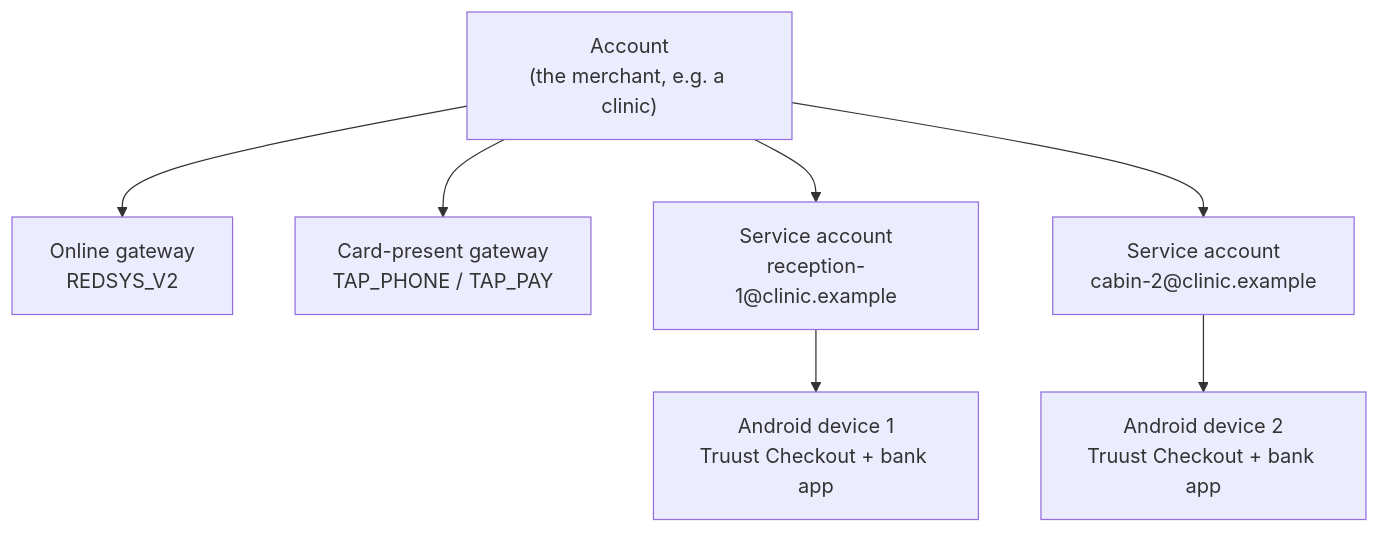
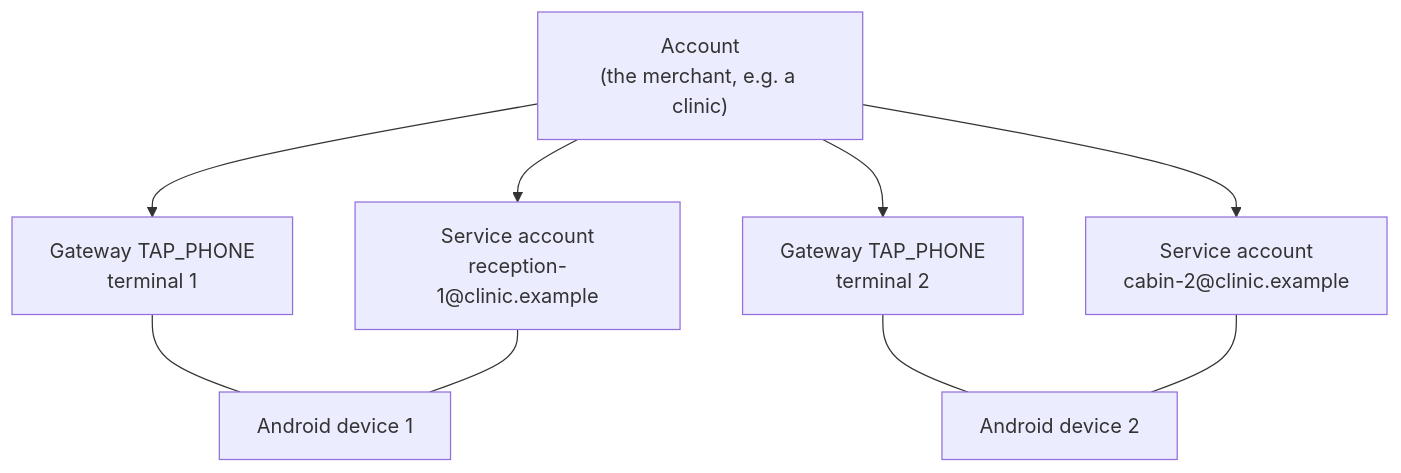
Before and after one commit to truust-io/docs.truust.io: the second of 2 diagrams in guides/card-present-payments.md, drawn with Mermaid. The commit also changed other lines of this file, not shown here.

Commit message:
Pagos presenciales: setup compartido o por dispositivo (gateway y service account por dispositivo, gateway_id) y títulos más cortos

````diff
--- a/guides/card-present-payments.md
+++ b/guides/card-present-payments.md
@@ -70,10 +96,12 @@
 ```mermaid
 flowchart TD
     A["Account<br/>(the merchant, e.g. a clinic)"]
-    A --> G1["Online gateway<br/>REDSYS_V2"]
-    A --> G2["Card-present gateway<br/>TAP_PHONE / TAP_PAY"]
+    A --> G1["Gateway TAP_PHONE<br/>terminal 1"]
+    A --> G2["Gateway TAP_PHONE<br/>terminal 2"]
     A --> M1["Service account<br/>reception-1@clinic.example"]
     A --> M2["Service account<br/>cabin-2@clinic.example"]
-    M1 --> D1["Android device 1<br/>Truust Checkout + bank app"]
-    M2 --> D2["Android device 2<br/>Truust Checkout + bank app"]
+    G1 --- D1["Android device 1"]
+    M1 --- D1
+    G2 --- D2["Android device 2"]
+    M2 --- D2
 ```
````
